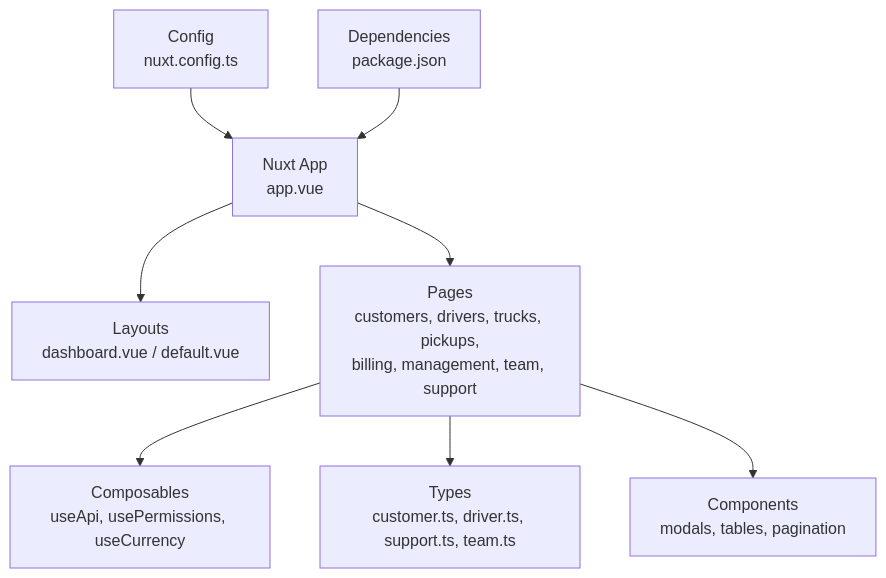
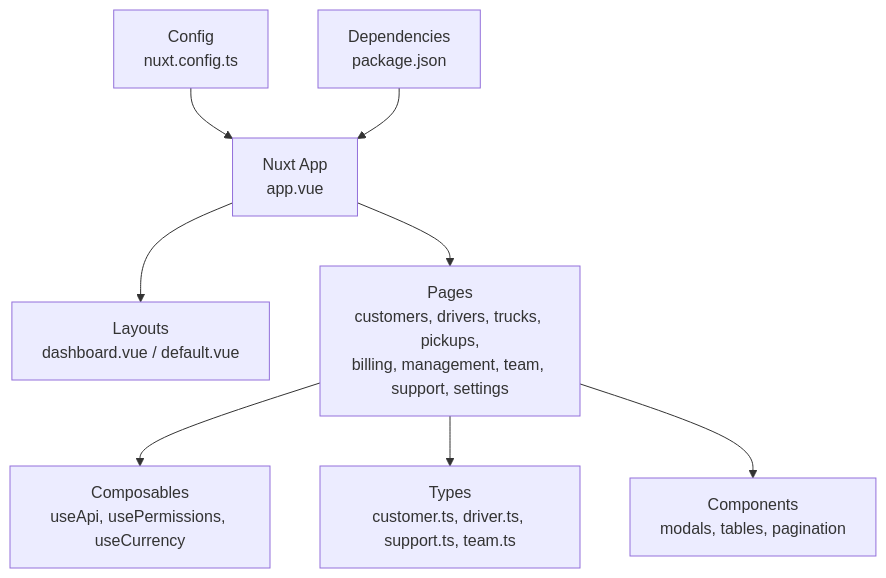
Before and after one commit to Lazynerd-Studios/lacarte-atlas-console: the first of 12 diagrams in .qoder/repowiki/en/content/Business Modules/Business Modules.md, drawn with Mermaid. The commit also changed other lines of this file and 4 other files, not shown here.

````diff
--- a/.qoder/repowiki/en/content/Business Modules/Business Modules.md
+++ b/.qoder/repowiki/en/content/Business Modules/Business Modules.md
@@ -44,10 +52,10 @@
 ```mermaid
 graph TB
 A["Nuxt App<br/>app.vue"] --> B["Layouts<br/>dashboard.vue / default.vue"]
-A --> C["Pages<br/>customers, drivers, trucks, pickups,<br/>billing, management, team, support"]
+A --> C["Pages<br/>customers, drivers, trucks, pickups,<br/>billing, management, team, support, settings"]
 C --> D["Composables<br/>useApi, usePermissions, useCurrency"]
 C --> E["Types<br/>customer.ts, driver.ts, support.ts, team.ts"]
 C --> F["Components<br/>modals, tables, pagination"]
 G["Config<br/>nuxt.config.ts"] --> A
 H["Dependencies<br/>package.json"] --> A
 ```
````
